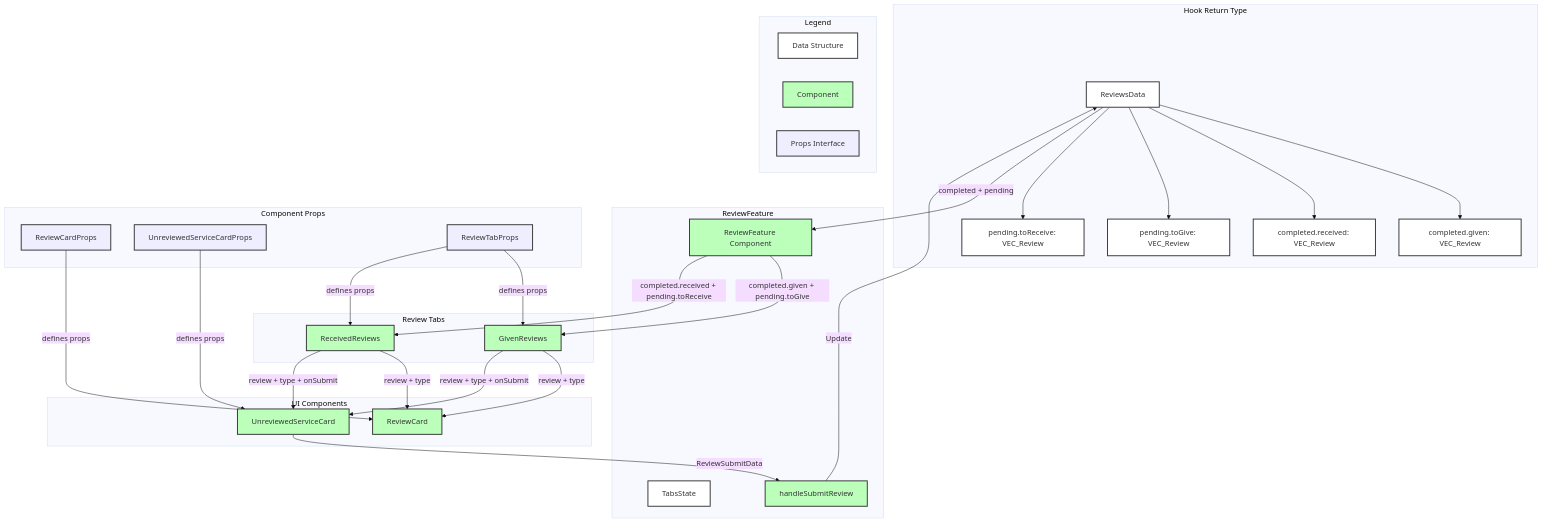
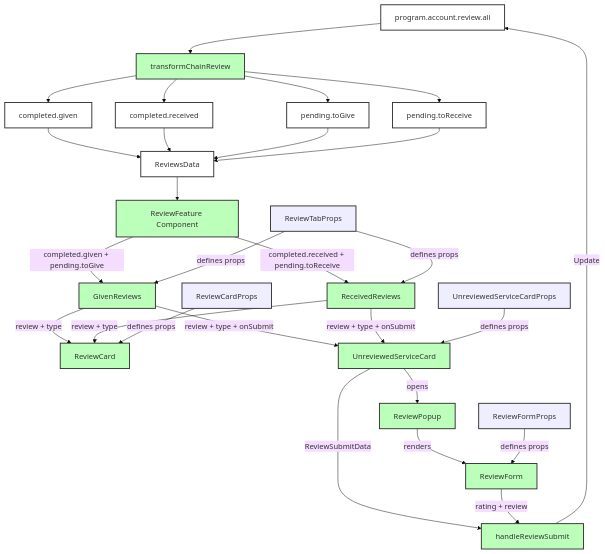
One commit to Gigentic/gigentic-frontend changed the diagram in web/components/review/review-detailed.md. Above: the diagram before and after it, drawn with Mermaid (base theme). The commit also changed 2 other files, not shown here.

Commit message:
update diagrams

````diff
--- a/web/components/review/review-detailed.md
+++ b/web/components/review/review-detailed.md
@@ -1,47 +1,66 @@
 ```mermaid
 graph TD
     %% Data Structure Subgraph
-    subgraph "Hook Return Type"
+    %% subgraph "Hook Return Type"
+
+    %% end
+
+    %% Chain Data
+    %% subgraph "Blockchain Layer"
+        CR[program.account.review.all]:::data
+        TR[transformChainReview]:::component
+
         RD[ReviewsData]:::data
-        RDG[completed.given: VEC_Review]:::data
-        RDR[completed.received: VEC_Review]:::data
-        PDG[pending.toGive: VEC_Review]:::data
-        PDR[pending.toReceive: VEC_Review]:::data
+        RDG[completed.given]:::data
+        RDR[completed.received]:::data
+        PDG[pending.toGive]:::data
+        PDR[pending.toReceive]:::data
 
-        RD --> RDG
-        RD --> RDR
-        RD --> PDG
-        RD --> PDR
-    end
+        CR --> TR
+        TR --> RDG
+        TR --> RDR
+        TR --> PDG
+        TR --> PDR
+
+        RDG --> RD
+        RDR --> RD
+        PDG --> RD
+        PDR --> RD
+
+    %% end
 
     %% Main Component
-    subgraph "ReviewFeature"
+    %% subgraph "ReviewFeature"
         RF[ReviewFeature Component]:::component
-        TS[TabsState]:::data
-        HSR[handleSubmitReview]:::component
-    end
+        HSR[handleReviewSubmit]:::component
+        %% LD[LoadingState]:::component
+        %% ED[ErrorState]:::component
+    %% end
 
     %% Tab Components
-    subgraph "Review Tabs"
+    %% subgraph "Review Tabs"
         GR[GivenReviews]:::component
         RR[ReceivedReviews]:::component
-    end
+    %% end
 
     %% UI Components
-    subgraph "UI Components"
+    %% subgraph "UI Components"
         RC[ReviewCard]:::component
         USC[UnreviewedServiceCard]:::component
-    end
+        RP[ReviewPopup]:::component
+        RF2[ReviewForm]:::component
+    %% end
 
     %% Props Interfaces
-    subgraph "Component Props"
+    %% subgraph "Component Props"
         RCP[ReviewCardProps]:::props
         USCP[UnreviewedServiceCardProps]:::props
         RTP[ReviewTabProps]:::props
-    end
+        RFP[ReviewFormProps]:::props
+    %% end
 
     %% Data Flow
-    RD -->|"completed + pending"| RF
+    RD --> RF
     RF -->|"completed.given + pending.toGive"| GR
     RF -->|"completed.received + pending.toReceive"| RR
 
@@ -49,26 +68,30 @@
     RR -->|"review + type"| RC
     GR -->|"review + type + onSubmit"| USC
     RR -->|"review + type + onSubmit"| USC
+    USC -->|"opens"| RP
+    RP -->|"renders"| RF2
 
     %% Props Flow
     RTP -->|"defines props"| GR
     RTP -->|"defines props"| RR
     RCP -->|"defines props"| RC
     USCP -->|"defines props"| USC
+    RFP -->|"defines props"| RF2
 
     %% Submit Flow
     USC -->|"ReviewSubmitData"| HSR
-    HSR -->|"Update"| RD
+    RF2 -->|"rating + review"| HSR
+    HSR -->|"Update"| CR
 
     %% Class Definitions
     classDef data fill:#fff,stroke:#333,stroke-width:2px
     classDef component fill:#bfb,stroke:#333,stroke-width:2px
     classDef props fill:#eef,stroke:#333,stroke-width:2px
 
-    %% Legend
-    subgraph "Legend"
-        L1[Data Structure]:::data
-        L2[Component]:::component
-        L3[Props Interface]:::props
-    end
+    %% %% Legend
+    %% subgraph "Legend"
+    %%     L1[Data Structure]:::data
+    %%     L2[Component]:::component
+    %%     L3[Props Interface]:::props
+    %% end
 ```
````
